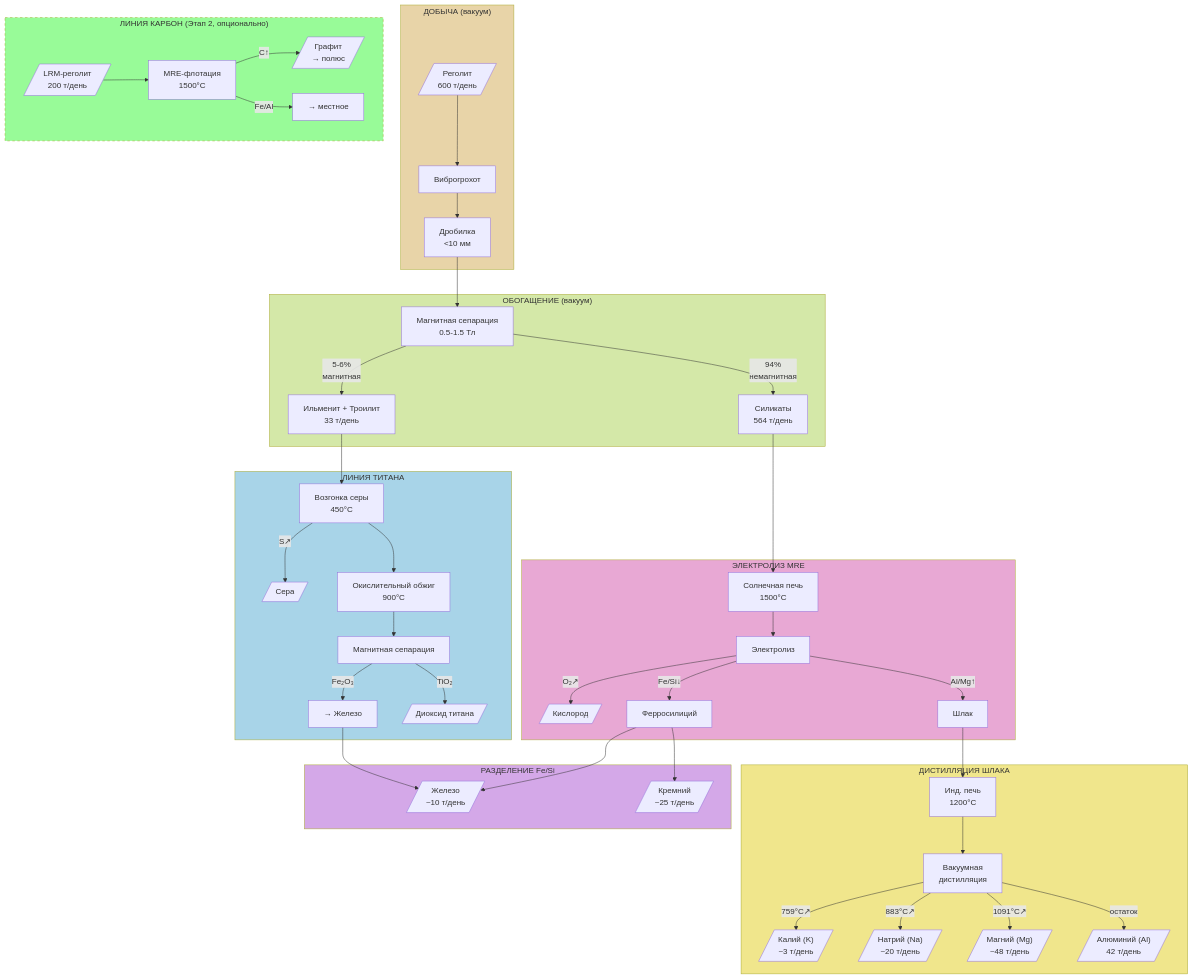
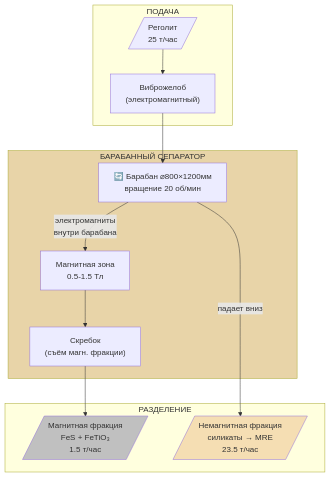
One commit to DmitryNasikanov/infinite-energy changed the second of 2 diagrams in ru/science/calculations/regolith-processing.qmd. Above: the diagram before and after it, drawn with Mermaid. The commit also changed other lines of this file and 13 other files, not shown here.

````diff
--- a/ru/science/calculations/regolith-processing.qmd
+++ b/ru/science/calculations/regolith-processing.qmd
@@ -97,58 +390,21 @@
 ```{mermaid}
 flowchart TD
-    subgraph ДОБЫЧА["ДОБЫЧА (вакуум)"]
-        R[/"Реголит<br/>600 т/день"/] --> VG["Виброгрохот"] --> JC["Дробилка<br/><10 мм"]
+    subgraph ВХОД["ПОДАЧА"]
+        R[/"Реголит<br/>25 т/час"/] --> VJ["Виброжелоб<br/>(электромагнитный)"]
     end
 
-    subgraph ОБОГАЩЕНИЕ["ОБОГАЩЕНИЕ (вакуум)"]
-        JC --> MS["Магнитная сепарация<br/>0.5-1.5 Тл"]
-        MS -->|"5-6%<br/>магнитная"| MF["Ильменит + Троилит<br/>33 т/день"]
-        MS -->|"94%<br/>немагнитная"| NMF["Силикаты<br/>564 т/день"]
+    subgraph СЕПАРАТОР["БАРАБАННЫЙ СЕПАРАТОР"]
+        VJ --> DRUM["🔄 Барабан ⌀800×1200мм<br/>вращение 20 об/мин"]
+        DRUM --> |"электромагниты<br/>внутри барабана"| MAG["Магнитная зона<br/>0.5-1.5 Тл"]
+        MAG --> SCRAPER["Скребок<br/>(съём магн. фракции)"]
     end
 
-    subgraph Ti_LINE["ЛИНИЯ ТИТАНА"]
-        MF --> TS["Возгонка серы<br/>450°C"]
-        TS -->|"S↗"| S_out[/"Сера"/]
-        TS --> OX["Окислительный обжиг<br/>900°C"]
-        OX --> SEP2["Магнитная сепарация"]
-        SEP2 -->|"Fe₂O₃"| Fe_back["→ Железо"]
-        SEP2 -->|"TiO₂"| TiO2[/"Диоксид титана"/]
+    subgraph ВЫХОД["РАЗДЕЛЕНИЕ"]
+        SCRAPER --> M[/"Магнитная фракция<br/>FeS + FeTiO₃<br/>1.5 т/час"/]
+        DRUM --> |"падает вниз"| NM[/"Немагнитная фракция<br/>силикаты → MRE<br/>23.5 т/час"/]
     end
 
-    subgraph MRE_CELL["ЭЛЕКТРОЛИЗ MRE"]
-        NMF --> SF["Солнечная печь<br/>1500°C"]
-        SF --> EL["Электролиз"]
-        EL -->|"O₂↗"| O2[/"Кислород"/]
-        EL -->|"Fe/Si↓"| FeSi["Ферросилиций"]
-        EL -->|"Al/Mg↑"| AlMg["Шлак"]
-    end
-
-    subgraph ТЯЖЁЛЫЕ["РАЗДЕЛЕНИЕ Fe/Si"]
-        FeSi --> Fe[/"Железо<br/>~10 т/день"/]
-        FeSi --> Si[/"Кремний<br/>~25 т/день"/]
-        Fe_back --> Fe
-    end
-
-    subgraph ДИСТИЛЛЯЦИЯ["ДИСТИЛЛЯЦИЯ ШЛАКА"]
-        AlMg --> IND["Инд. печь<br/>1200°C"]
-        IND --> VAC["Вакуумная<br/>дистилляция"]
-        VAC -->|"759°C↗"| K_out[/"Калий (K)<br/>~3 т/день"/]
-        VAC -->|"883°C↗"| Na_out[/"Натрий (Na)<br/>~20 т/день"/]
-        VAC -->|"1091°C↗"| Mg_out[/"Магний (Mg)<br/>~48 т/день"/]
-        VAC -->|"остаток"| Al_out[/"Алюминий (Al)<br/>42 т/день"/]
-    end
-
-    subgraph КАРБОН["ЛИНИЯ КАРБОН (Этап 2, опционально)"]
-        LRM[/"LRM-реголит<br/>200 т/день"/] --> LRM_SF["MRE-флотация<br/>1500°C"]
-        LRM_SF -->|"C↑"| GRAPHITE[/"Графит<br/>→ полюс"/]
-        LRM_SF -->|"Fe/Al"| LRM_local["→ местное"]
-    end
-
-    style ДОБЫЧА fill:#e8d4a8
-    style ОБОГАЩЕНИЕ fill:#d4e8a8
-    style Ti_LINE fill:#a8d4e8
-    style MRE_CELL fill:#e8a8d4
-    style ТЯЖЁЛЫЕ fill:#d4a8e8
-    style ДИСТИЛЛЯЦИЯ fill:#f0e68c
-    style КАРБОН fill:#98fb98,stroke-dasharray: 5 5
+    style СЕПАРАТОР fill:#e8d4a8
+    style M fill:#c0c0c0
+    style NM fill:#f5deb3
 ```
````
